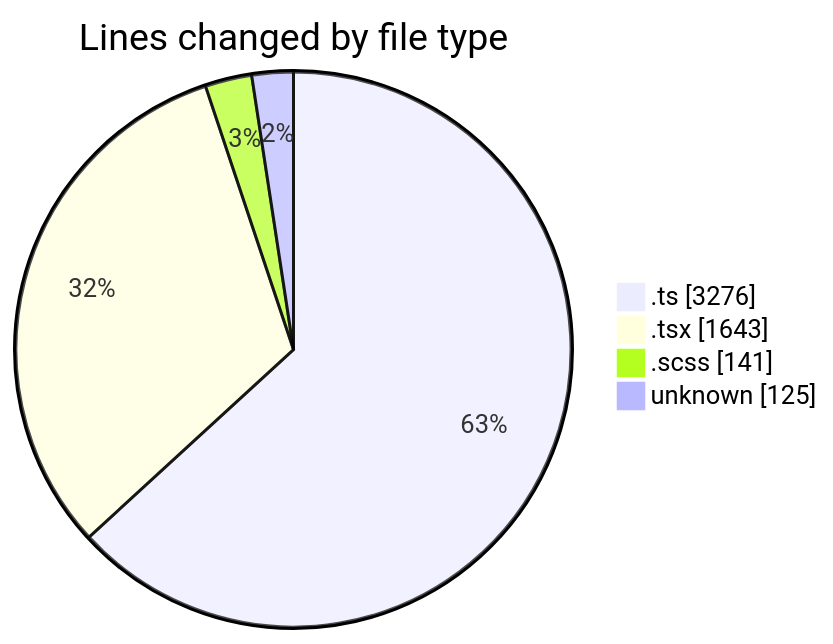
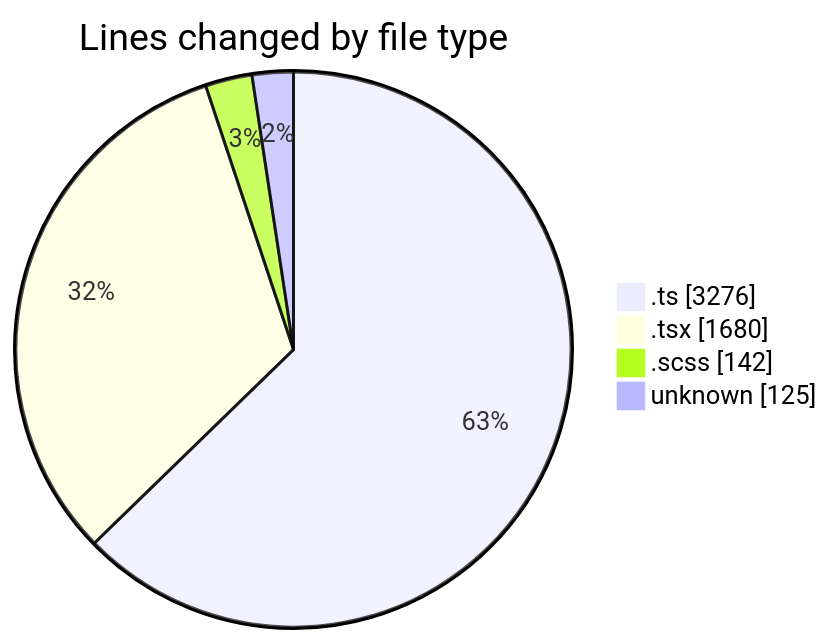
Before and after one commit to momahboobian/code-tracking: the first of 2 diagrams in 2026-09-09/cda/README.md, drawn with Mermaid. The commit also changed other lines of this file and 1 other file, not shown here.

````diff
--- a/2026-09-09/cda/README.md
+++ b/2026-09-09/cda/README.md
@@ -42,8 +42,8 @@
 ```mermaid
 pie showData
 title Lines changed by file type
 ".ts" : 3276
-".tsx" : 1643
-".scss" : 141
+".tsx" : 1680
+".scss" : 142
 "unknown" : 125
 ```
````
